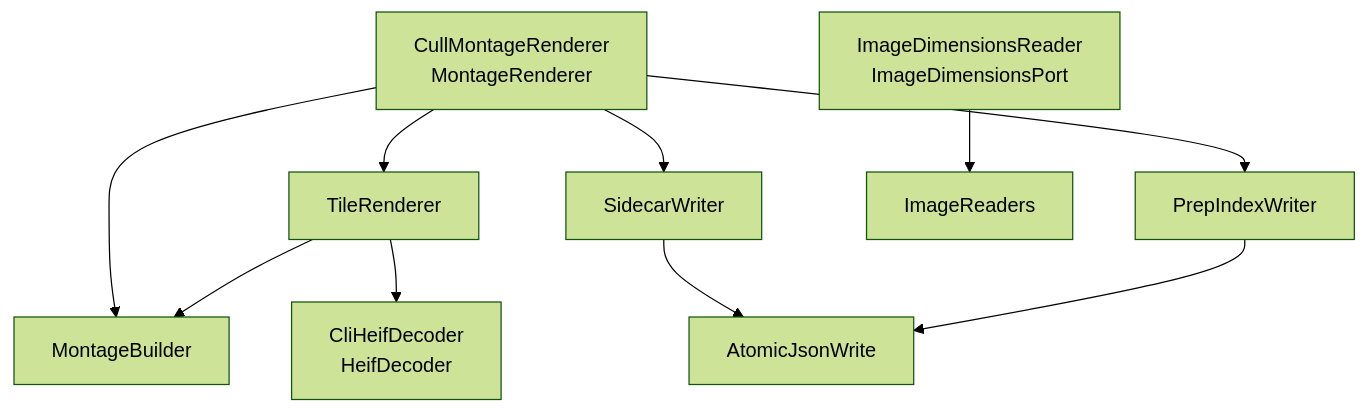
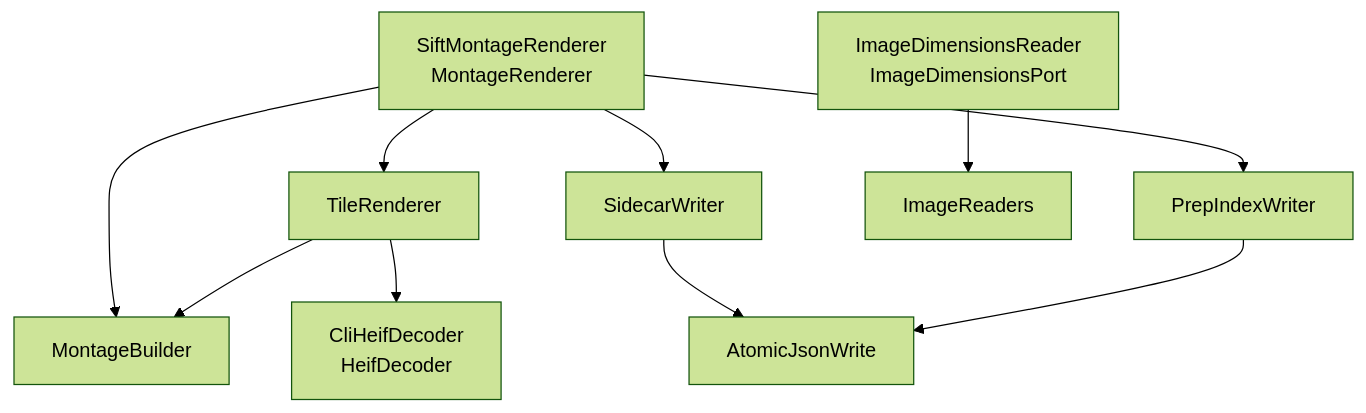
Before and after one commit to AdrianNachev91/sluice: diagram 11 of 14 in app/docs/design/architecture.md, drawn with Mermaid (forest theme). The commit also changed other lines of this file and 379 other files, not shown here.

First line of the commit message:
refactor(sift): cull becomes sift, and the vision port becomes a sieve

````diff
--- a/app/docs/design/architecture.md
+++ b/app/docs/design/architecture.md
@@ -431,22 +434,22 @@
 ```mermaid
 flowchart TB
-    RENDER["CullMontageRenderer<br/>MontageRenderer"]
+    RENDER["SiftMontageRenderer<br/>MontageRenderer"]
     TILE["TileRenderer"]
     BUILD["MontageBuilder"]
     SIDE["SidecarWriter"]
     INDEX["PrepIndexWriter"]
     DIMS["ImageDimensionsReader<br/>ImageDimensionsPort"]
     HEIF["CliHeifDecoder<br/>HeifDecoder"]
     READERS["ImageReaders"]
     ATOMIC["AtomicJsonWrite"]
 
     RENDER --> TILE
     RENDER --> BUILD
     RENDER --> SIDE
     RENDER --> INDEX
     TILE --> BUILD
     TILE --> HEIF
     DIMS --> READERS
     SIDE --> ATOMIC
     INDEX --> ATOMIC
 ```
````
